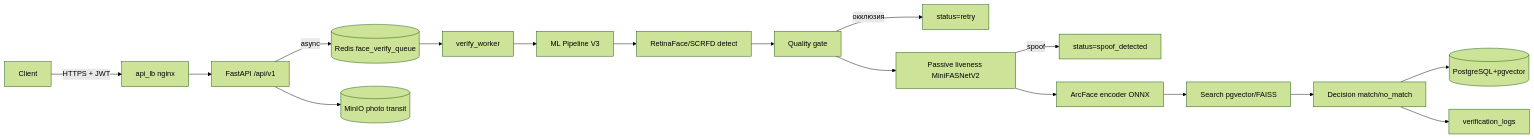
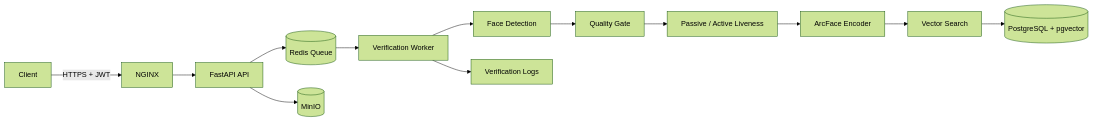
One commit to Alexsey111/faceid-core changed the diagram in README.md. Above: the diagram before and after it, drawn with Mermaid (forest theme). The commit also changed other lines of this file, not shown here.

First line of the commit message:
Revise README for FaceID Core service details

````diff
--- a/README.md
+++ b/README.md
@@ -81,19 +180,23 @@
 ```mermaid
 flowchart LR
-    Client -->|HTTPS + JWT| LB[api_lb nginx]
-    LB --> API[FastAPI /api/v1]
-    API -->|async| Queue[(Redis face_verify_queue)]
-    Queue --> Worker[verify_worker]
-    Worker --> Pipe[ML Pipeline V3]
-    Pipe --> Det[RetinaFace/SCRFD detect]
-    Det --> QG[Quality gate]
-    QG -->|окклюзия| RetryR[status=retry]
-    QG --> Live[Passive liveness MiniFASNetV2]
-    Live -->|spoof| SpoofR[status=spoof_detected]
-    Live --> Enc[ArcFace encoder ONNX]
-    Enc --> Search[Search pgvector/FAISS]
-    Search --> Dec[Decision match/no_match]
-    Dec --> DB[(PostgreSQL+pgvector)]
-    Dec --> Logs[verification_logs]
-    API --> MinIO[(MinIO photo transit)]
+
+    Client -->|HTTPS + JWT| LB[NGINX]
+    LB --> API[FastAPI API]
+
+    API --> Queue[(Redis Queue)]
+
+    Queue --> Worker[Verification Worker]
+
+    Worker --> Detect[Face Detection]
+    Detect --> Quality[Quality Gate]
+    Quality --> Liveness[Passive / Active Liveness]
+    Liveness --> Encoder[ArcFace Encoder]
+
+    Encoder --> Search[Vector Search]
+
+    Search --> DB[(PostgreSQL + pgvector)]
+
+    API --> MinIO[(MinIO)]
+
+    Worker --> Logs[Verification Logs]
 ```
````
